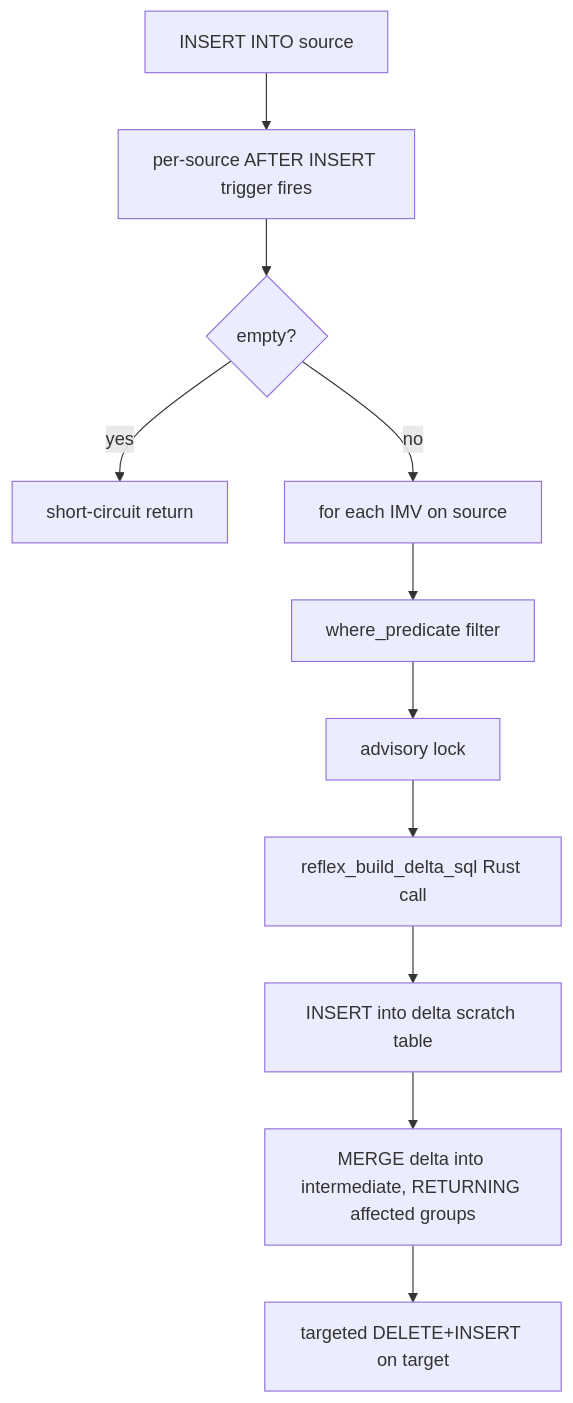
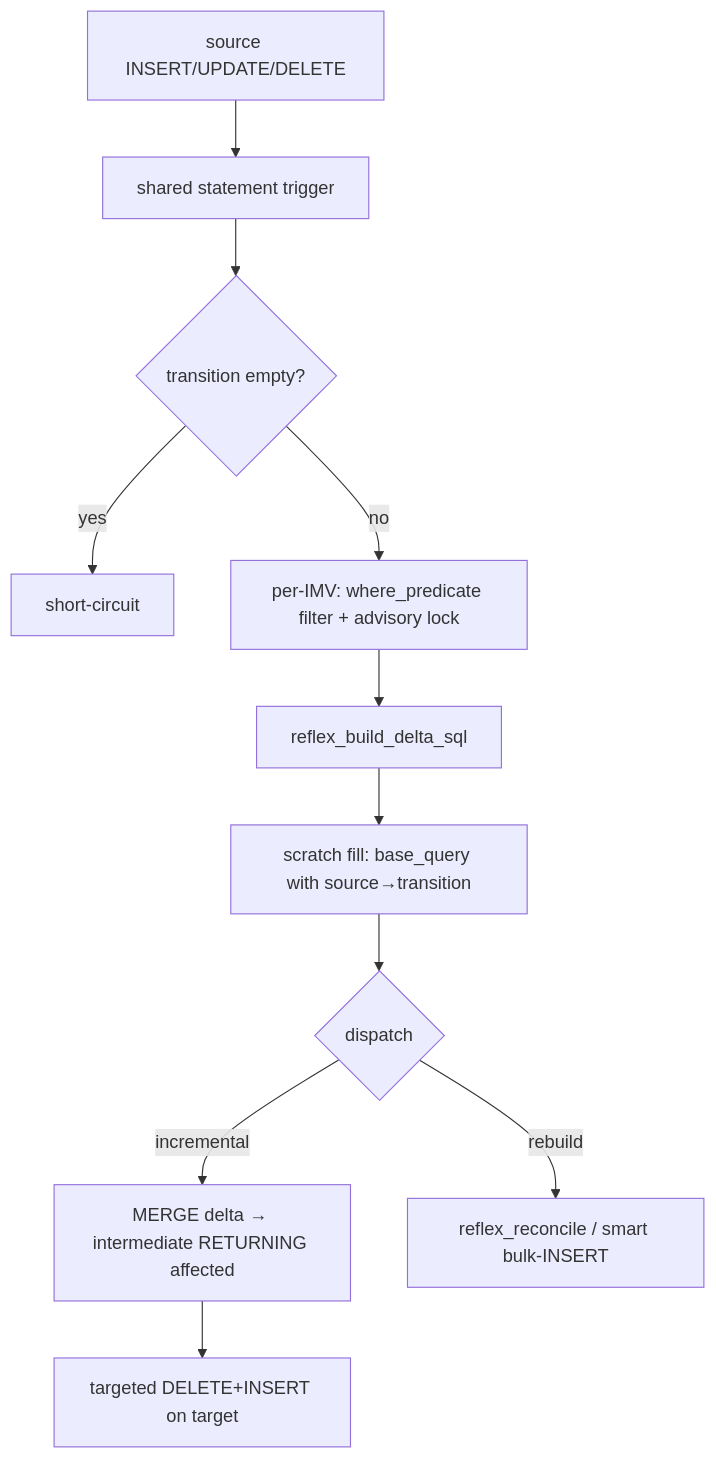
The second of 2 diagrams in docs/contributing/architecture-tour.md (diviyank/pg_reflex), drawn with Mermaid before and after one commit. The commit also changed other lines of this file and 15 other files, not shown here.

````diff
--- a/docs/contributing/architecture-tour.md
+++ b/docs/contributing/architecture-tour.md
@@ -45,13 +126,13 @@
 ```mermaid
 flowchart TD
-    A[INSERT INTO source] --> B[per-source AFTER INSERT trigger fires]
-    B --> C{empty?}
-    C -->|yes| D[short-circuit return]
-    C -->|no| E[for each IMV on source]
-    E --> F[where_predicate filter]
-    F --> G[advisory lock]
-    G --> H[reflex_build_delta_sql Rust call]
-    H --> I[INSERT into delta scratch table]
-    I --> J[MERGE delta into intermediate, RETURNING affected groups]
-    J --> K[targeted DELETE+INSERT on target]
+    A[source INSERT/UPDATE/DELETE] --> B[shared statement trigger]
+    B --> C{transition empty?}
+    C -->|yes| Z[short-circuit]
+    C -->|no| D[per-IMV: where_predicate filter + advisory lock]
+    D --> E[reflex_build_delta_sql]
+    E --> F[scratch fill: base_query with source→transition]
+    F --> G{dispatch}
+    G -->|incremental| H[MERGE delta → intermediate RETURNING affected]
+    G -->|rebuild| R[reflex_reconcile / smart bulk-INSERT]
+    H --> I[targeted DELETE+INSERT on target]
 ```
````
